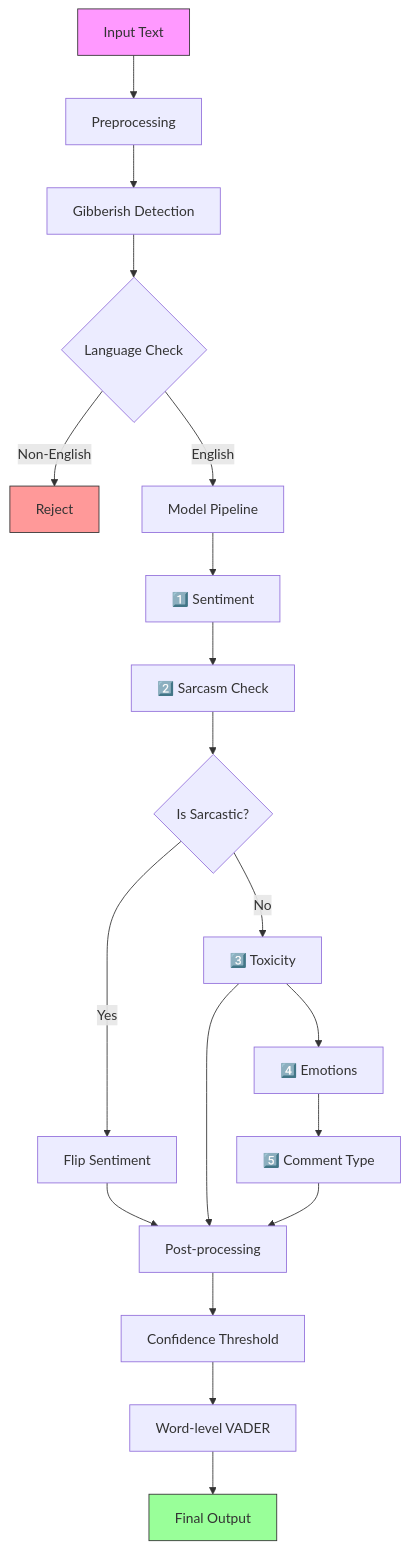
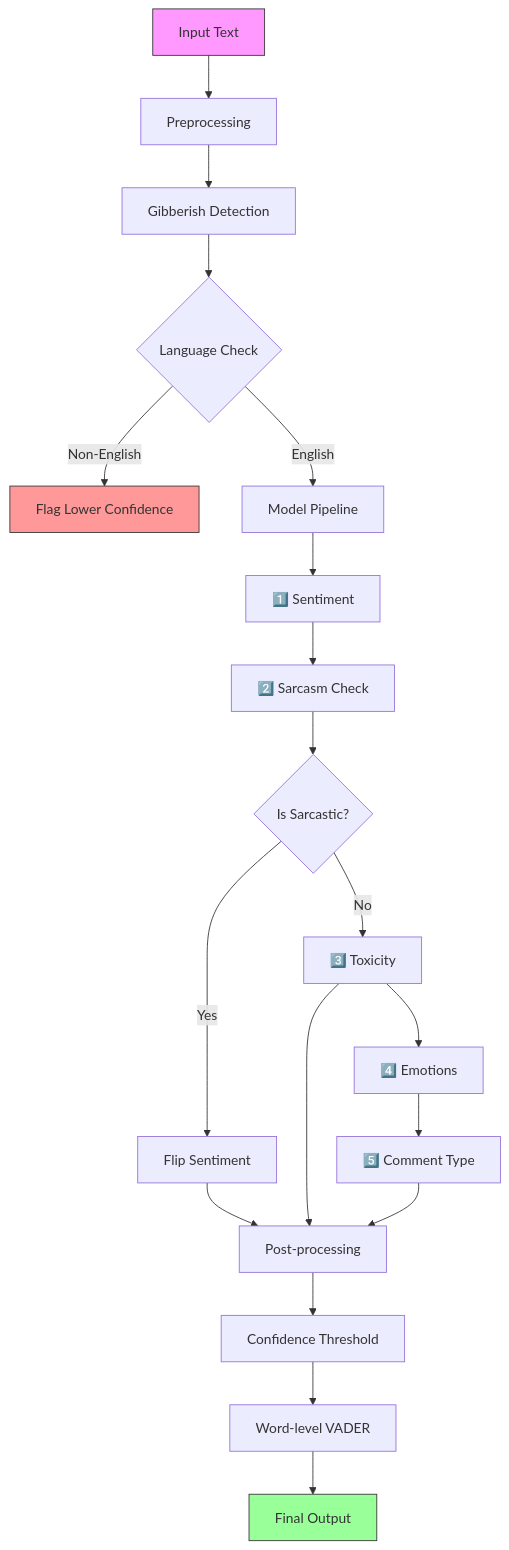
The second of 2 diagrams in README.md (MrEmoji27/smart-comment-classification), drawn with Mermaid before and after one commit. The commit also changed other lines of this file and 33 other files, not shown here.

````diff
--- a/README.md
+++ b/README.md
@@ -177,27 +177,27 @@
 ```mermaid
 flowchart TD
     A[Input Text] --> B[Preprocessing]
     B --> C[Gibberish Detection]
     C --> D{Language Check}
-    D -->|Non-English| E[Reject]
+    D -->|Non-English| E[Flag Lower Confidence]
     D -->|English| F[Model Pipeline]
     
     F --> G[1️⃣ Sentiment]
     G --> H[2️⃣ Sarcasm Check]
     H --> I{Is Sarcastic?}
     I -->|Yes| J[Flip Sentiment]
     I -->|No| K[3️⃣ Toxicity]
     K --> L[4️⃣ Emotions]
     L --> M[5️⃣ Comment Type]
     
     J --> N[Post-processing]
     K --> N
     M --> N
     N --> O[Confidence Threshold]
     O --> P[Word-level VADER]
     P --> Q[Final Output]
     
     style A fill:#f9f,stroke:#333
     style Q fill:#9f9,stroke:#333
     style E fill:#f99,stroke:#333
 ```
````
